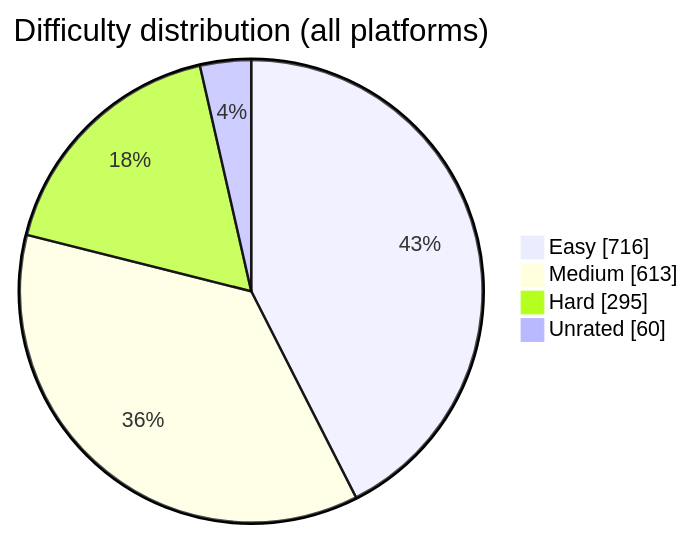
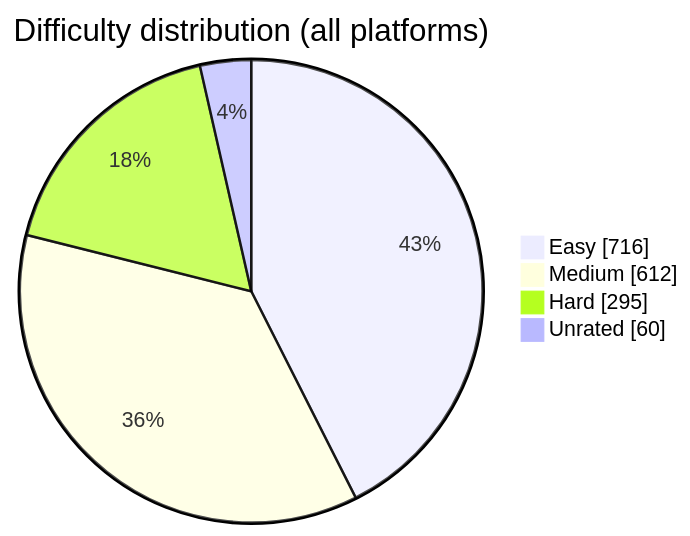
The diagram in README.md (BuildbyArindam/Daily-Coding-Log), drawn with Mermaid before and after one commit. The commit also changed other lines of this file, not shown here.

````diff
--- a/README.md
+++ b/README.md
@@ -93,7 +93,7 @@
 ```mermaid
 pie showData title Difficulty distribution (all platforms)
     "Easy" : 716
-    "Medium" : 613
+    "Medium" : 612
     "Hard" : 295
     "Unrated" : 60
 ```
````
